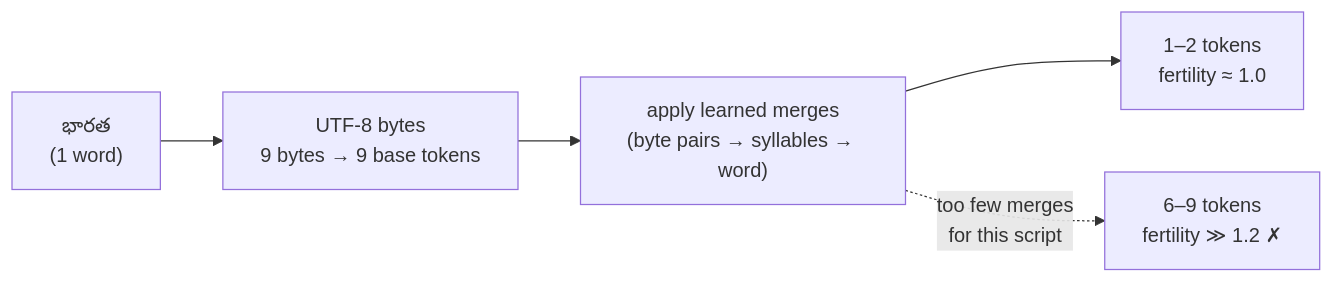
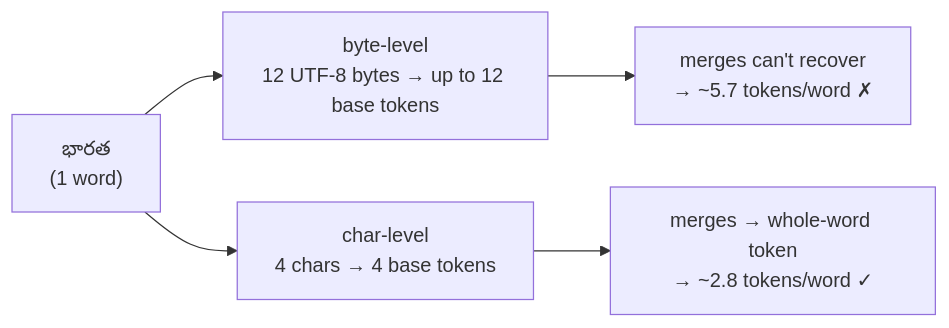
One commit to AditeyaAItronics/llm_finetune_assignments changed the second of 5 diagrams in india-bpe-tokenizer/BPE_Tokenizer_Design_Spec.md. Above: the diagram before and after it, drawn with Mermaid. The commit also changed other lines of this file and 38 other files, not shown here.

First line of the commit message:
india-bpe-tokenizer: char-level BPE + byte-fallback, faithful round-trip

````diff
--- a/india-bpe-tokenizer/BPE_Tokenizer_Design_Spec.md
+++ b/india-bpe-tokenizer/BPE_Tokenizer_Design_Spec.md
@@ -189,7 +203,7 @@
 ```mermaid
 flowchart LR
-    W["భారత<br/>(1 word)"] --> U["UTF-8 bytes<br/>9 bytes → 9 base tokens"]
-    U --> M["apply learned merges<br/>(byte pairs → syllables → word)"]
-    M --> T["1–2 tokens<br/>fertility ≈ 1.0"]
-    M -.->|too few merges<br/>for this script| T2["6–9 tokens<br/>fertility ≫ 1.2 ✗"]
+    W["భారత<br/>(1 word)"] --> B["byte-level<br/>12 UTF-8 bytes → up to 12 base tokens"]
+    W --> C["char-level<br/>4 chars → 4 base tokens"]
+    B --> BT["merges can't recover<br/>→ ~5.7 tokens/word ✗"]
+    C --> CT["merges → whole-word token<br/>→ ~2.8 tokens/word ✓"]
 ```
````
